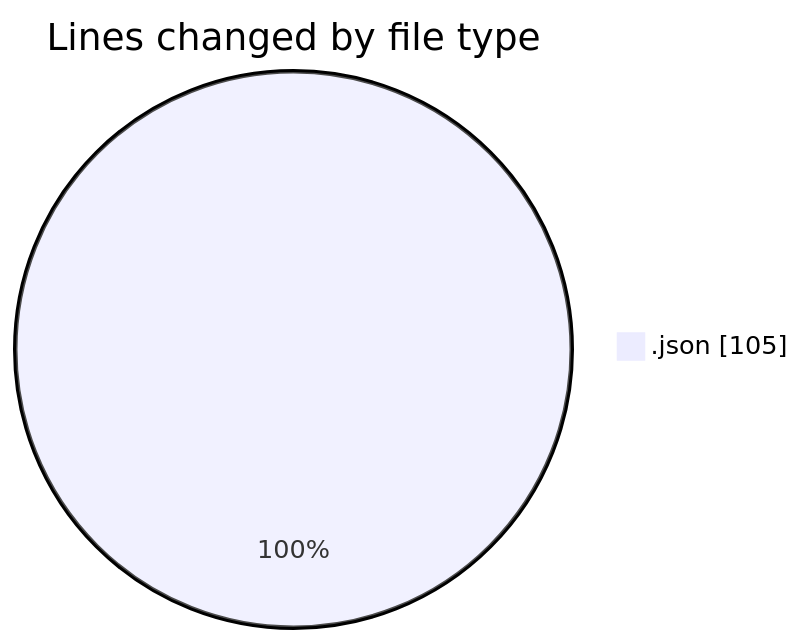
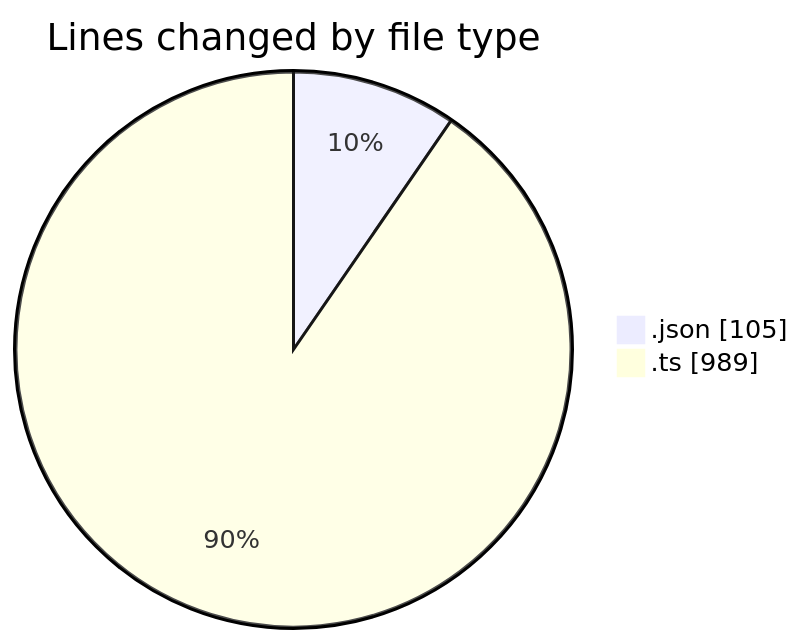
One commit to momahboobian/code-tracking changed the first of 2 diagrams in 2025-06-25/cda/README.md. Above: the diagram before and after it, drawn with Mermaid. The commit also changed other lines of this file and 1 other file, not shown here.

````diff
--- a/2025-06-25/cda/README.md
+++ b/2025-06-25/cda/README.md
@@ -20,5 +23,6 @@
 ```mermaid
 pie showData
 title Lines changed by file type
 ".json" : 105
+".ts" : 989
 ```
````
